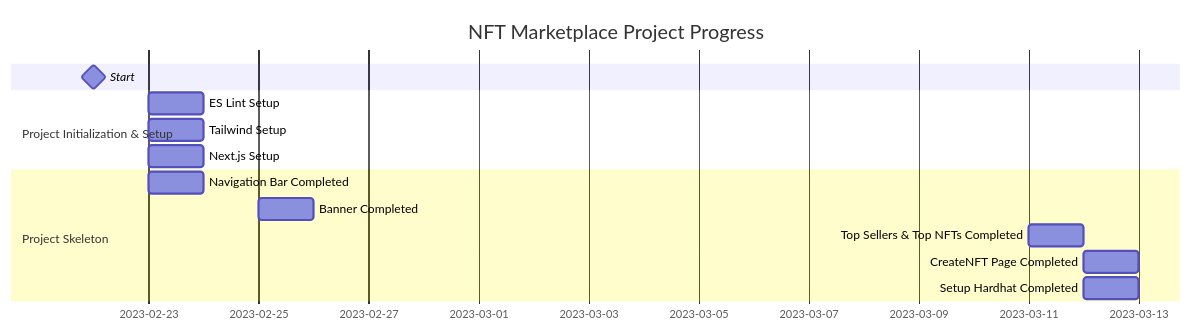
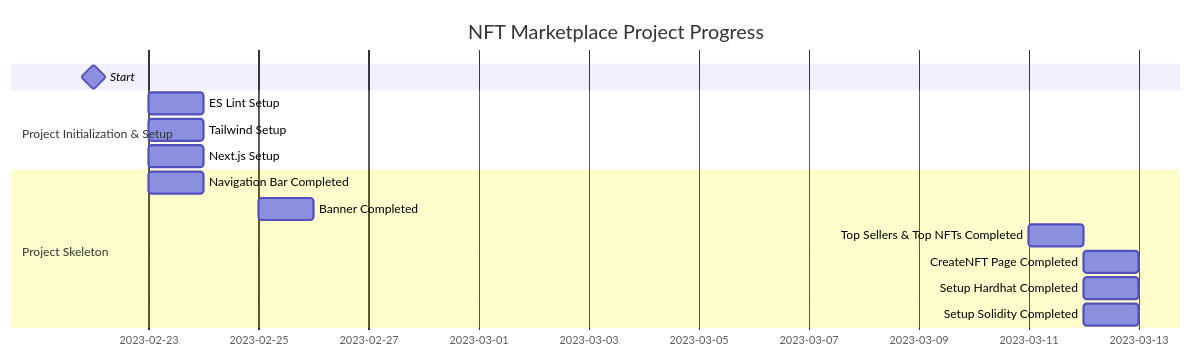
The diagram in README.md (chazwilder/nft-marketplace), drawn with Mermaid before and after one commit. The commit also changed other lines of this file and 7 other files, not shown here.

````diff
--- a/README.md
+++ b/README.md
@@ -4,16 +5,17 @@
 ```mermaid
 gantt
     title NFT Marketplace Project Progress
     dateFormat  YYYY-MM-DD
     Start : milestone, m1, 2023-02-22,2023-02-22
     section Project Initialization & Setup
     ES Lint Setup   :2023-02-23, 1d
     Tailwind Setup  :2023-02-23 , 1d
     Next.js Setup  :2023-02-23 , 1d
     section Project Skeleton
     Navigation Bar Completed  :2023-02-23 , 1d
     Banner Completed  :2023-02-25 , 1d
     Top Sellers & Top NFTs Completed  :2023-03-11 , 1d
     CreateNFT Page Completed  :2023-03-12 , 1d
     Setup Hardhat Completed  :2023-03-12 , 1d
+    Setup Solidity Completed  :2023-03-12 , 1d
 ```
````
